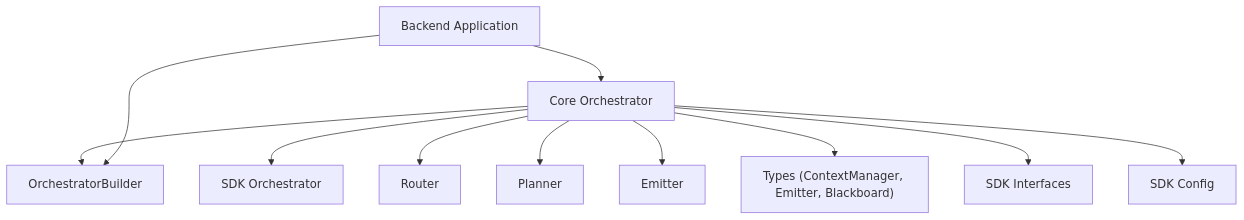
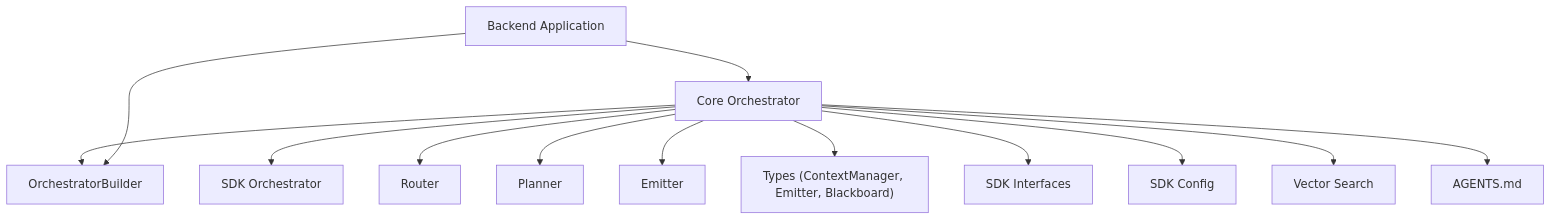
One commit to v0lka/c0wrk changed diagram 13 of 13 in .qoder/repowiki/en/content/Core AI Engine/Orchestrator Architecture.md. Above: the diagram before and after it, drawn with Mermaid. The commit also changed other lines of this file and 80 other files, not shown here.

````diff
--- a/.qoder/repowiki/en/content/Core AI Engine/Orchestrator Architecture.md
+++ b/.qoder/repowiki/en/content/Core AI Engine/Orchestrator Architecture.md
@@ -508,13 +619,15 @@
 ```mermaid
 graph TB
 CORE_ORCH["Core Orchestrator"] --> SDK_ORCH["SDK Orchestrator"]
 CORE_ORCH --> ROUTER["Router"]
 CORE_ORCH --> PLANNER["Planner"]
 CORE_ORCH --> EMITTER["Emitter"]
 CORE_ORCH --> TYPES["Types (ContextManager, Emitter, Blackboard)"]
 CORE_ORCH --> BUILDER["OrchestratorBuilder"]
 CORE_ORCH --> SDK_IFACES["SDK Interfaces"]
 CORE_ORCH --> SDK_CFG["SDK Config"]
+CORE_ORCH --> VECTOR_SEARCH["Vector Search"]
+CORE_ORCH --> AGENTS_MD["AGENTS.md"]
 BACK_APP["Backend Application"] --> BUILDER
 BACK_APP --> CORE_ORCH
 ```
````
